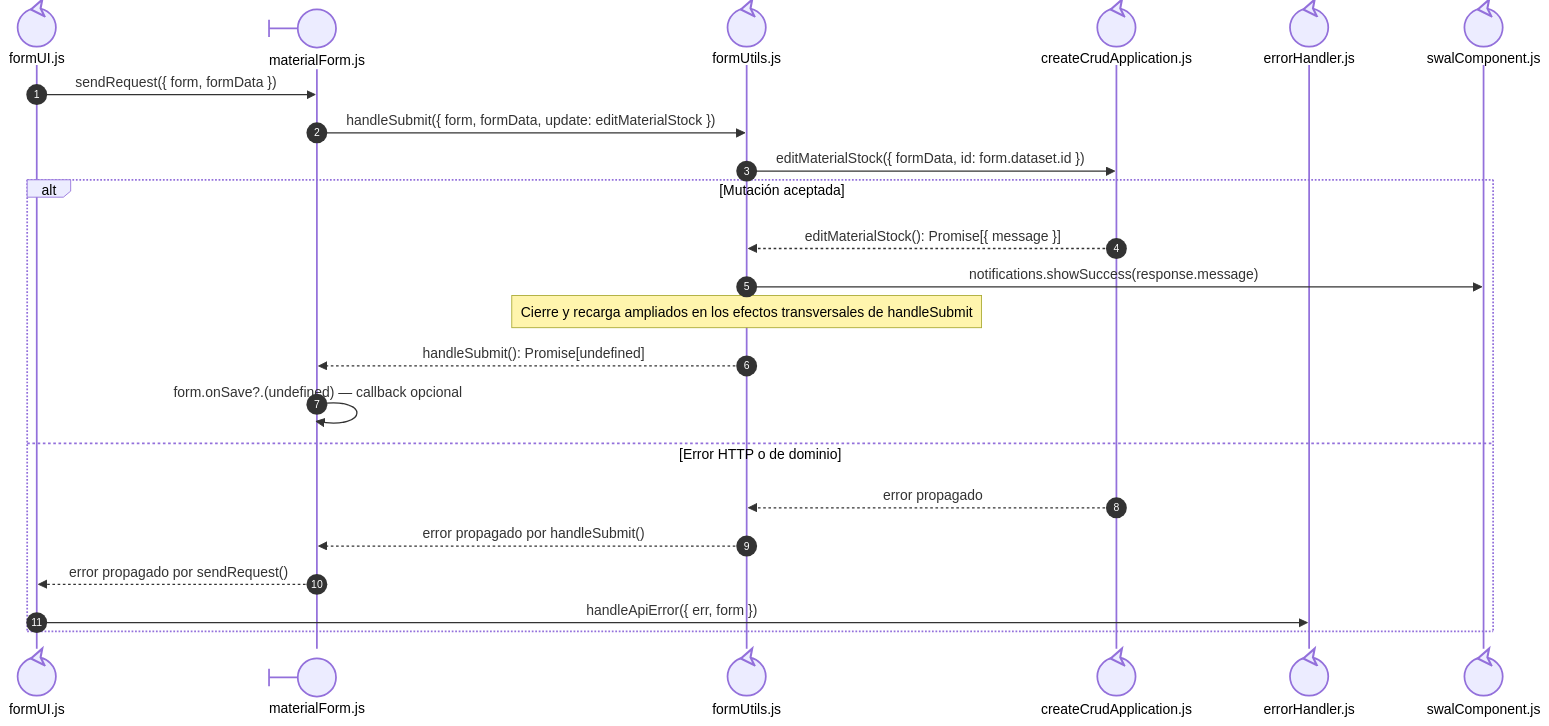
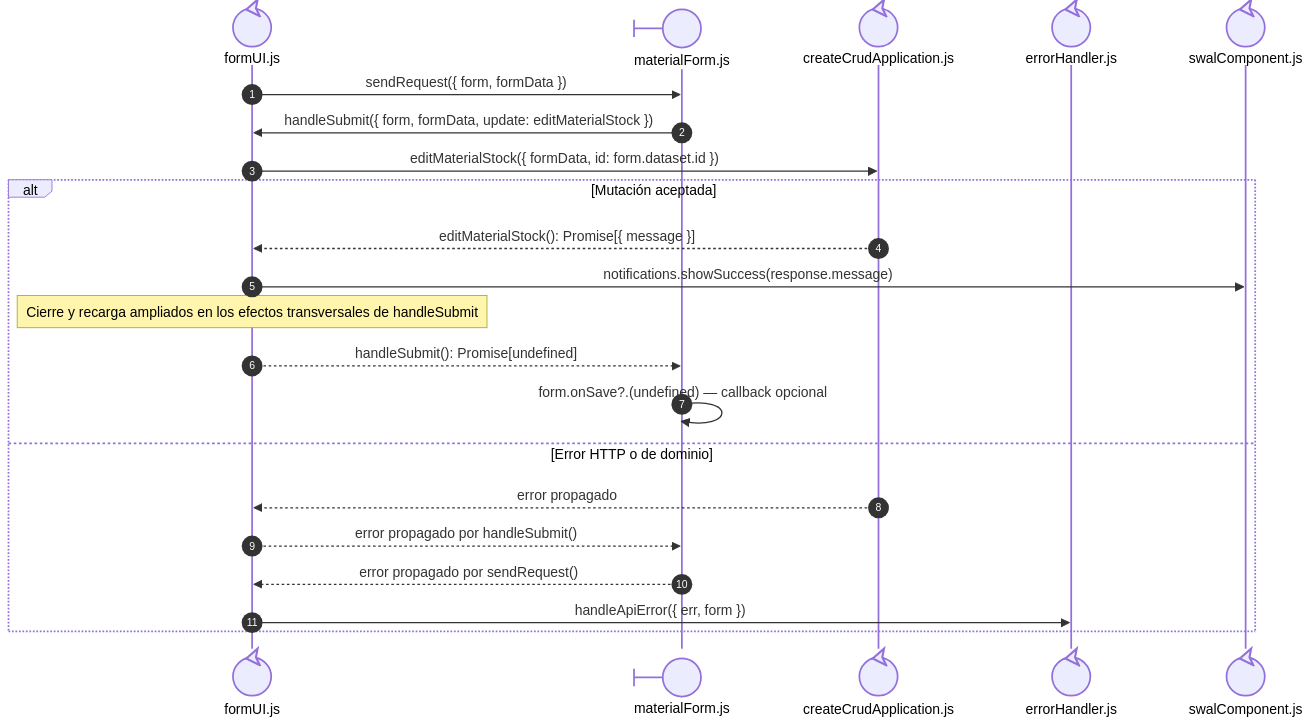
One commit to gpgsistemas01/nexus changed the third of 4 diagrams in docs/architecture/views/processes/frontend-code-sequences/catalogs/cu-alm-05.md. Above: the diagram before and after it, drawn with Mermaid. The commit also changed other lines of this file and 200 other files, not shown here.

````diff
--- a/docs/architecture/views/processes/frontend-code-sequences/catalogs/cu-alm-05.md
+++ b/docs/architecture/views/processes/frontend-code-sequences/catalogs/cu-alm-05.md
@@ -148,27 +148,26 @@
 ```mermaid
 sequenceDiagram
     autonumber
     participant FormCore@{ "type": "control" } as formUI.js
     participant Form@{ "type": "boundary" } as materialForm.js
-    participant FormUtils@{ "type": "control" } as formUtils.js
     participant Factory@{ "type": "control" } as createCrudApplication.js
     participant FileErrorHandler@{ "type": "control" } as errorHandler.js
 
     participant FileSwalComponent@{ "type": "control" } as swalComponent.js
 
     FormCore->>Form: sendRequest({ form, formData })
-    Form->>FormUtils: handleSubmit({ form, formData, update: editMaterialStock })
-    FormUtils->>Factory: editMaterialStock({ formData, id: form.dataset.id })
+    Form->>FormCore: handleSubmit({ form, formData, update: editMaterialStock })
+    FormCore->>Factory: editMaterialStock({ formData, id: form.dataset.id })
     alt Mutación aceptada
-        Factory-->>FormUtils: editMaterialStock(): Promise[{ message }]
-        FormUtils->>FileSwalComponent: notifications.showSuccess(response.message)
-        Note over FormUtils: Cierre y recarga ampliados en los efectos transversales de handleSubmit
-        FormUtils-->>Form: handleSubmit(): Promise[undefined]
+        Factory-->>FormCore: editMaterialStock(): Promise[{ message }]
+        FormCore->>FileSwalComponent: notifications.showSuccess(response.message)
+        Note over FormCore: Cierre y recarga ampliados en los efectos transversales de handleSubmit
+        FormCore-->>Form: handleSubmit(): Promise[undefined]
         Form->>Form: form.onSave?.(undefined) — callback opcional
     else Error HTTP o de dominio
-        Factory-->>FormUtils: error propagado
-        FormUtils-->>Form: error propagado por handleSubmit()
+        Factory-->>FormCore: error propagado
+        FormCore-->>Form: error propagado por handleSubmit()
         Form-->>FormCore: error propagado por sendRequest()
         FormCore->>FileErrorHandler: handleApiError({ err, form })
     end
 ```
````
